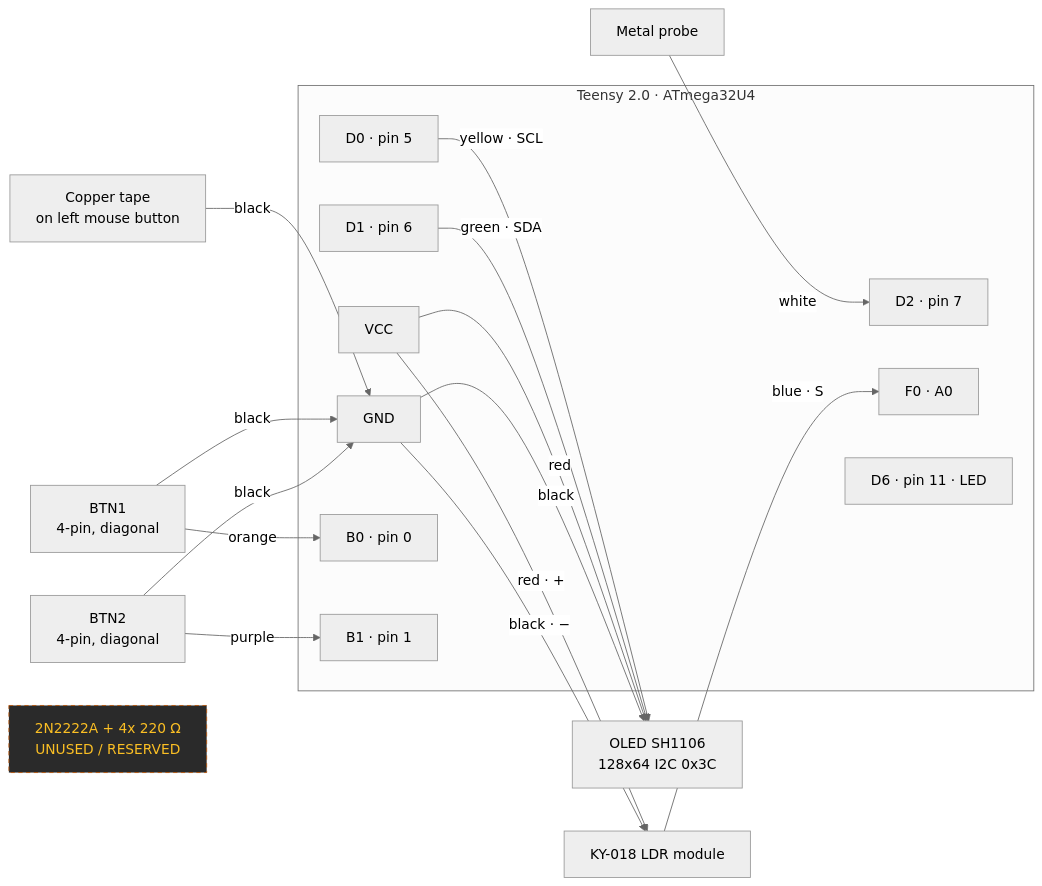
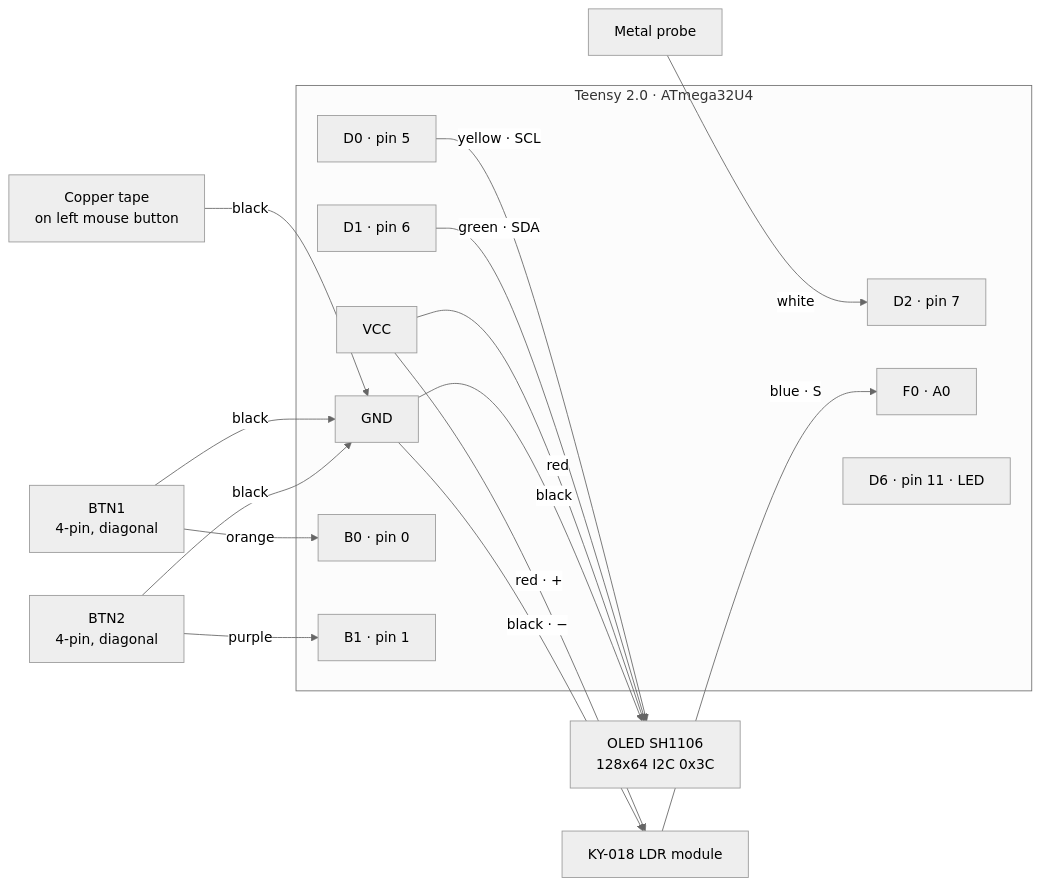
The diagram in README.md (PrimeBuild-pc/MouseLatencyTester), drawn with Mermaid (neutral theme) before and after one commit. The commit also changed other lines of this file and 3 other files, not shown here.

````diff
--- a/README.md
+++ b/README.md
@@ -460,35 +473,32 @@
 ```mermaid
 graph LR
     subgraph Teensy["Teensy 2.0 · ATmega32U4"]
         VCC["VCC"]
         GND["GND"]
         D2["D2 · pin 7"]
         D0["D0 · pin 5"]
         D1["D1 · pin 6"]
         F0["F0 · A0"]
         B0["B0 · pin 0"]
         B1["B1 · pin 1"]
         LED["D6 · pin 11 · LED"]
     end
 
     PROBE["Metal probe"] -->|white| D2
     TAPE["Copper tape<br/>on left mouse button"] -->|black| GND
 
     D0 -->|yellow · SCL| OLED["OLED SH1106<br/>128x64 I2C 0x3C"]
     D1 -->|green · SDA| OLED
     VCC -->|red| OLED
     GND -->|black| OLED
 
     KY["KY-018 LDR module"] -->|blue · S| F0
     VCC -->|red · +| KY
     GND -->|black · −| KY
 
     BTN1["BTN1<br/>4-pin, diagonal"] -->|orange| B0
     BTN1 -->|black| GND
     BTN2["BTN2<br/>4-pin, diagonal"] -->|purple| B1
     BTN2 -->|black| GND
 
-    TRANSISTOR["2N2222A + 4x 220 Ω<br/>UNUSED / RESERVED"]:::todo
-
-    classDef todo fill:#2a2a2a,stroke:#b45309,stroke-dasharray: 5 4,color:#fbbf24
 ```
````
